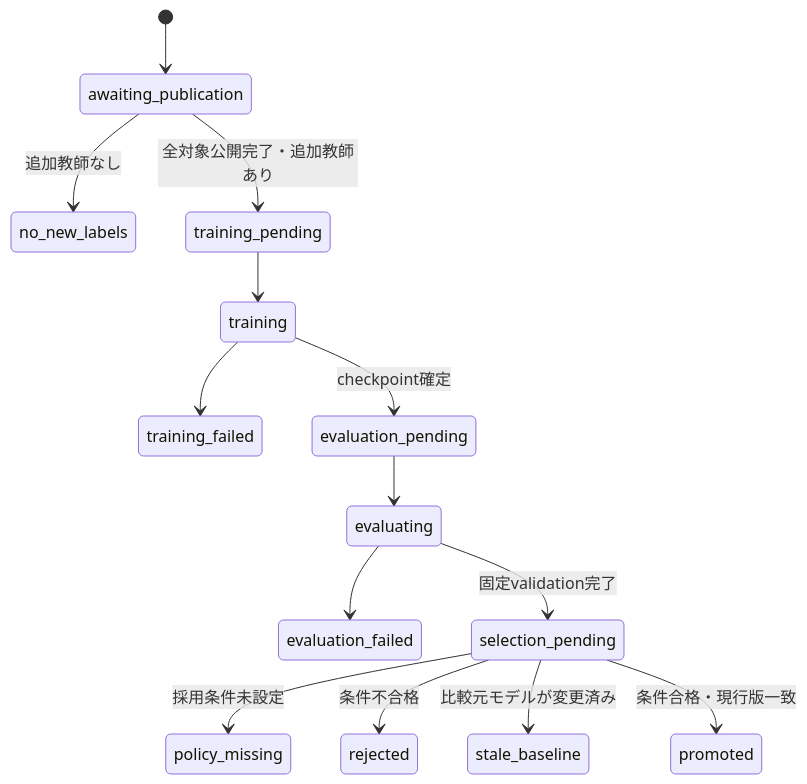
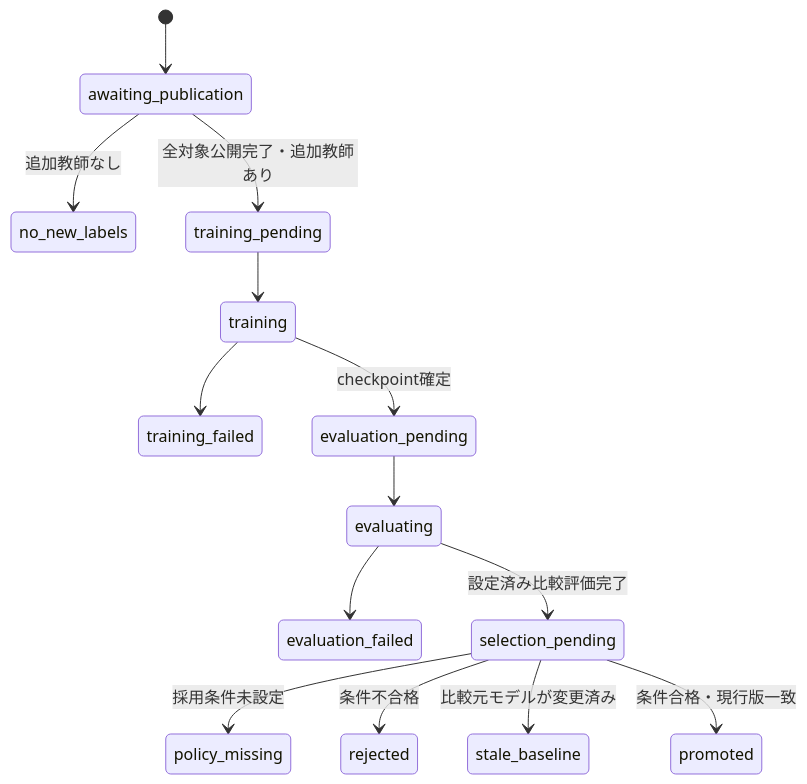
Before and after one commit to Motoki0705/tennis-lab: the third of 5 diagrams in src/tasks/base/annotation/README.md, drawn with Mermaid. The commit also changed other lines of this file and 31 other files, not shown here.

````diff
--- a/src/tasks/base/annotation/README.md
+++ b/src/tasks/base/annotation/README.md
@@ -256,16 +262,16 @@
 ```mermaid
 stateDiagram-v2
     [*] --> awaiting_publication
     awaiting_publication --> no_new_labels: 追加教師なし
     awaiting_publication --> training_pending: 全対象公開完了・追加教師あり
     training_pending --> training
     training --> training_failed
     training --> evaluation_pending: checkpoint確定
     evaluation_pending --> evaluating
     evaluating --> evaluation_failed
-    evaluating --> selection_pending: 固定validation完了
+    evaluating --> selection_pending: 設定済み比較評価完了
     selection_pending --> policy_missing: 採用条件未設定
     selection_pending --> rejected: 条件不合格
     selection_pending --> stale_baseline: 比較元モデルが変更済み
     selection_pending --> promoted: 条件合格・現行版一致
 ```
````
